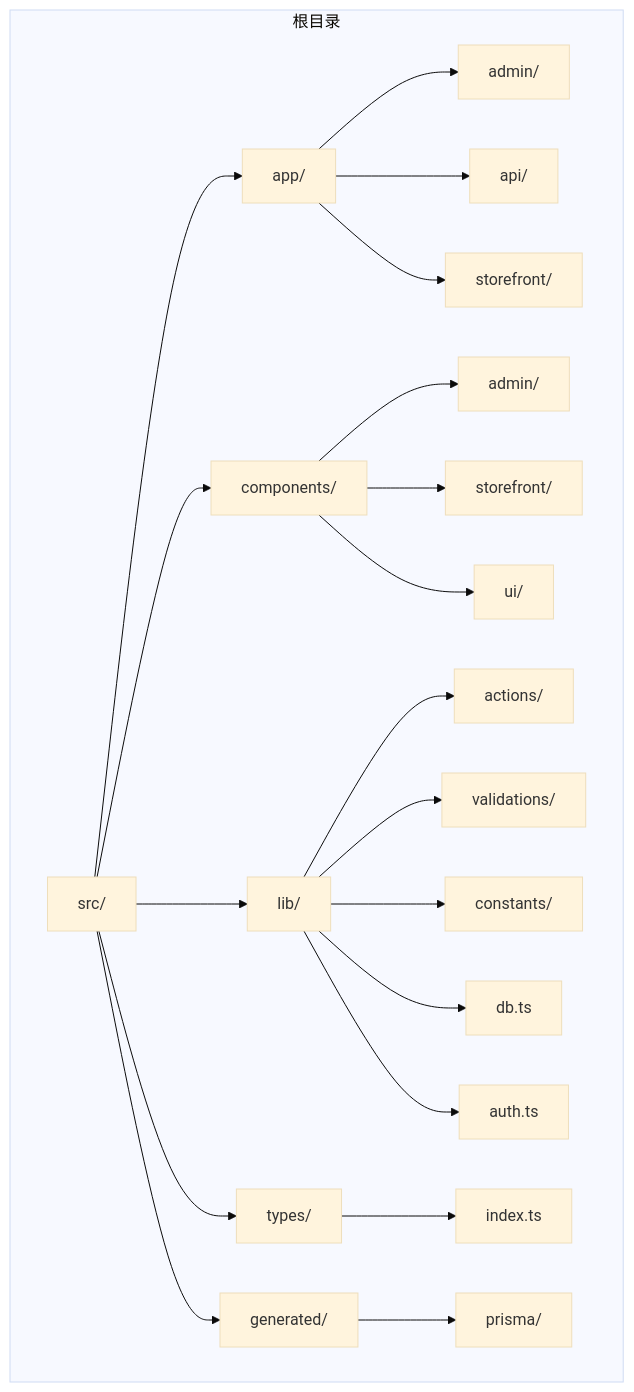
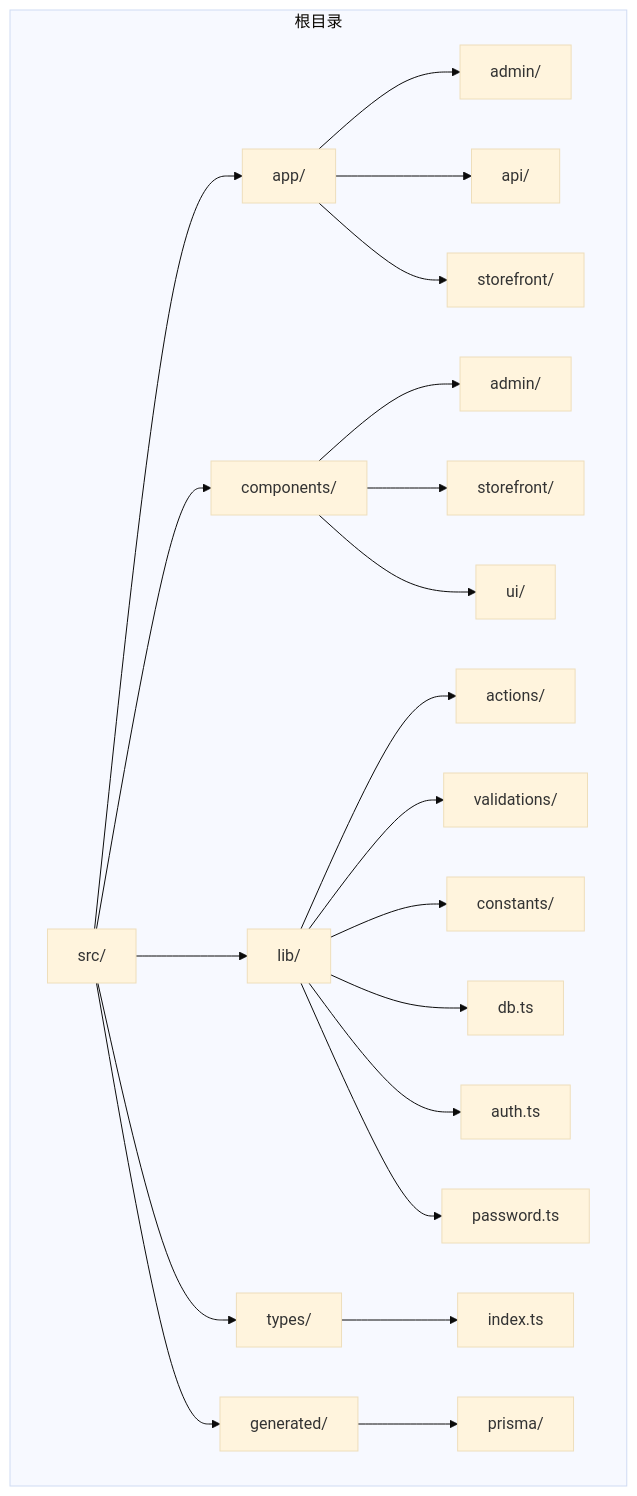
Before and after one commit to three3638-arch/celestia_2b: the first of 11 diagrams in .qoder/repowiki/zh/content/管理后台系统/客户管理系统.md, drawn with Mermaid (base theme). The commit also changed other lines of this file and 8 other files, not shown here.

````diff
--- a/.qoder/repowiki/zh/content/管理后台系统/客户管理系统.md
+++ b/.qoder/repowiki/zh/content/管理后台系统/客户管理系统.md
@@ -41,23 +54,24 @@
 ```mermaid
 graph TB
 subgraph "根目录"
 A[src/] --> B[app/]
 A --> C[components/]
 A --> D[lib/]
 A --> E[types/]
 A --> F[generated/]
 B --> B1[admin/]
 B --> B2[api/]
 B --> B3[storefront/]
 C --> C1[admin/]
 C --> C2[storefront/]
 C --> C3[ui/]
 D --> D1[actions/]
 D --> D2[validations/]
 D --> D3[constants/]
 D --> D4[db.ts]
 D --> D5[auth.ts]
+D --> D6[password.ts]
 E --> E1[index.ts]
 F --> F1[prisma/]
 end
 ```
````
